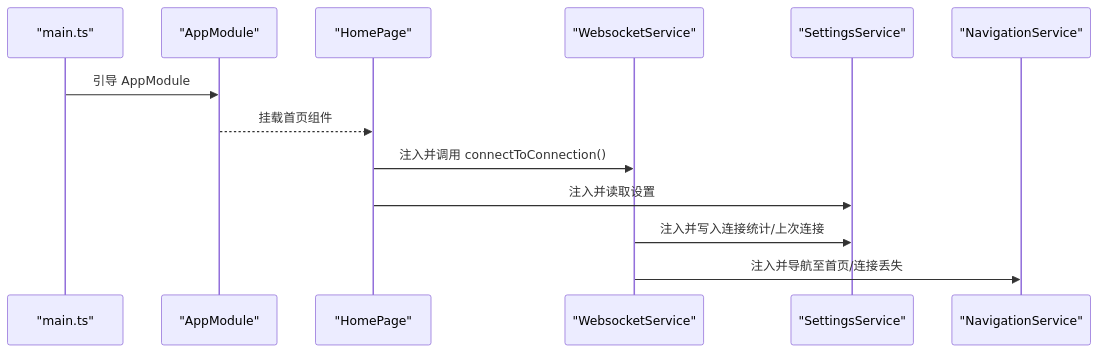
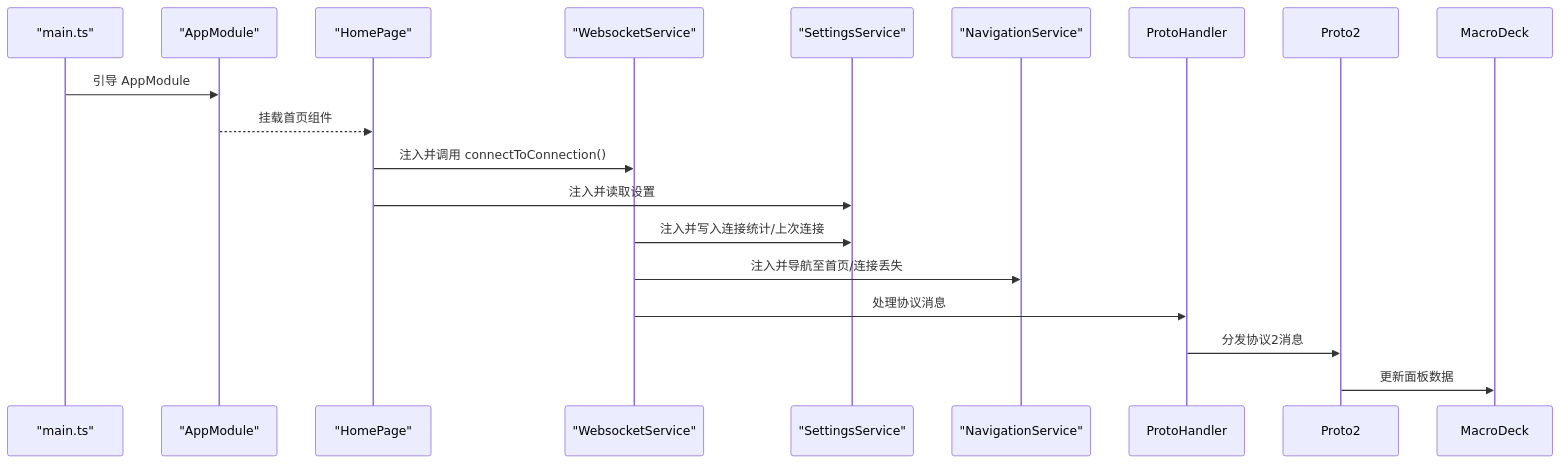
Before and after one commit to dingxyang/Macro-Deck-Client-App: the second of 6 diagrams in .qoder/repowiki/zh/content/架构设计/设计模式应用/依赖注入模式.md, drawn with Mermaid. The commit also changed other lines of this file and 47 other files, not shown here.

First line of the commit message:
refactor(docs): 重构 Macro Deck 客户端文档模块结构

````diff
--- a/.qoder/repowiki/zh/content/架构设计/设计模式应用/依赖注入模式.md
+++ b/.qoder/repowiki/zh/content/架构设计/设计模式应用/依赖注入模式.md
@@ -89,15 +103,18 @@
 ```mermaid
 sequenceDiagram
 participant Boot as "main.ts"
 participant Root as "AppModule"
 participant Home as "HomePage"
 participant WS as "WebsocketService"
 participant Settings as "SettingsService"
 participant Nav as "NavigationService"
 Boot->>Root : 引导 AppModule
 Root-->>Home : 挂载首页组件
 Home->>WS : 注入并调用 connectToConnection()
 Home->>Settings : 注入并读取设置
 WS->>Settings : 注入并写入连接统计/上次连接
 WS->>Nav : 注入并导航至首页/连接丢失
+WS->>ProtoHandler : 处理协议消息
+ProtoHandler->>Proto2 : 分发协议2消息
+Proto2->>MacroDeck : 更新面板数据
 ```
````
